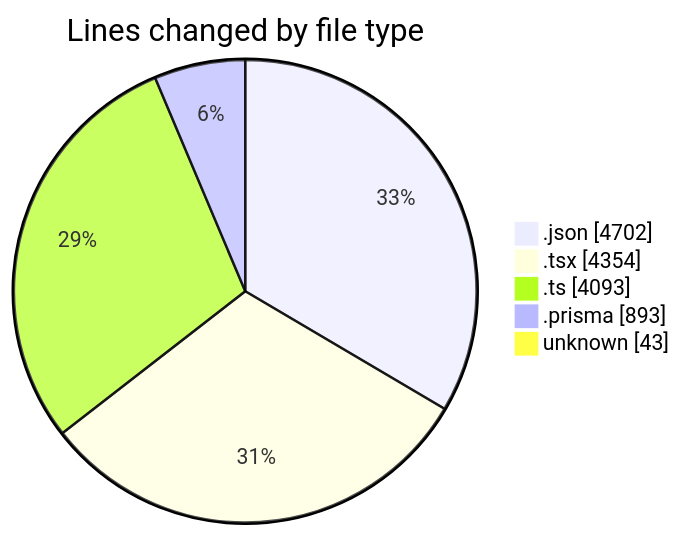
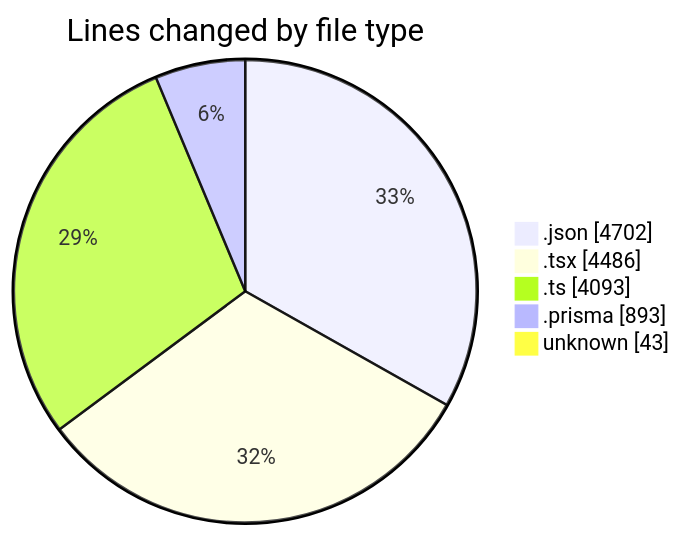
Before and after one commit to CELIANVF/code-tracking: the first of 2 diagrams in 2025-05-05/ecodeli/README.md, drawn with Mermaid. The commit also changed other lines of this file and 1 other file, not shown here.

````diff
--- a/2025-05-05/ecodeli/README.md
+++ b/2025-05-05/ecodeli/README.md
@@ -55,9 +56,9 @@
 ```mermaid
 pie showData
 title Lines changed by file type
 ".json" : 4702
-".tsx" : 4354
+".tsx" : 4486
 ".ts" : 4093
 ".prisma" : 893
 "unknown" : 43
 ```
````
